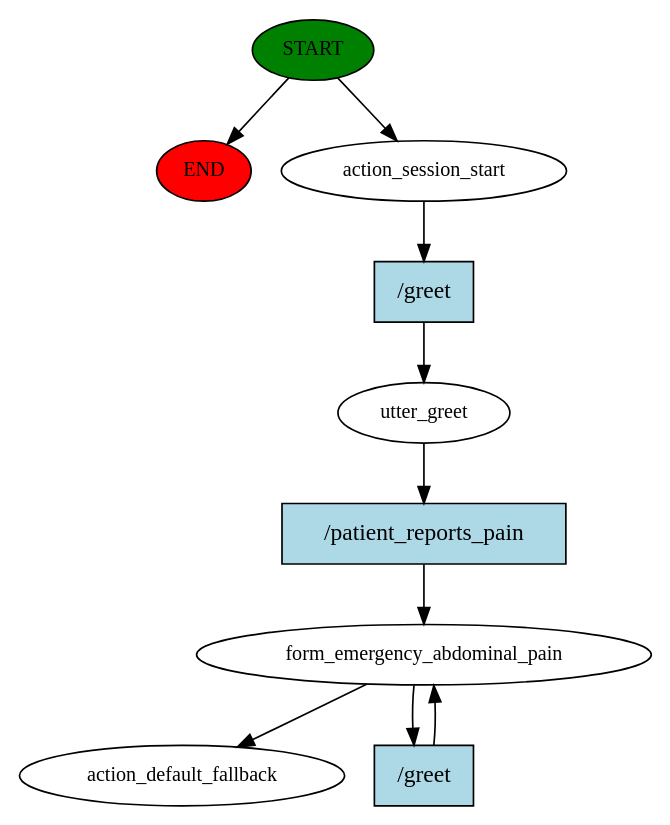
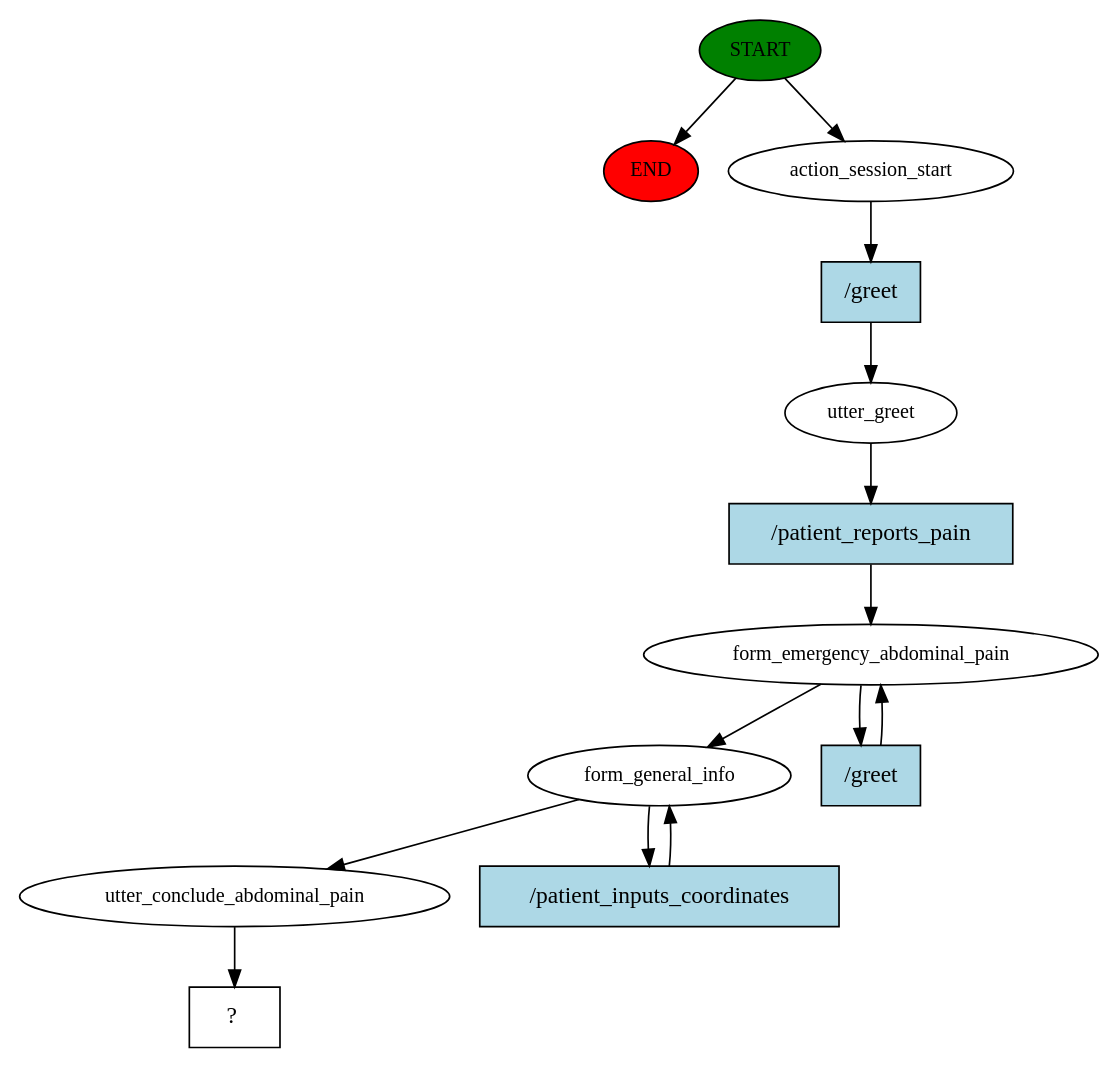
Before and after one commit to halixness/HMD-Dispatcher: the diagram in story_graph.dot, drawn with Graphviz. The commit also changed 7 other files, not shown here.

```diff
--- a/story_graph.dot
+++ b/story_graph.dot
@@ -1,20 +1,27 @@
 digraph  {
 0 [class="start active", fillcolor=green, fontsize=12, label=START, style=filled];
 "-1" [class=end, fillcolor=red, fontsize=12, label=END, style=filled];
 1 [class=active, fontsize=12, label=action_session_start];
 2 [class=active, fontsize=12, label=utter_greet];
 3 [class=active, fontsize=12, label=form_emergency_abdominal_pain];
-10 [class="dashed active", fontsize=12, label=action_default_fallback];
-11 [class="intent active", fillcolor=lightblue, label="/greet", shape=rect, style=filled];
-12 [class="intent active", fillcolor=lightblue, label="/patient_reports_pain", shape=rect, style=filled];
-13 [class="intent active", fillcolor=lightblue, label="/greet", shape=rect, style=filled];
+10 [class=active, fontsize=12, label=form_general_info];
+13 [class=active, fontsize=12, label=utter_conclude_abdominal_pain];
+14 [class="intent dashed active", label="  ?  ", shape=rect];
+15 [class="intent active", fillcolor=lightblue, label="/greet", shape=rect, style=filled];
+16 [class="intent active", fillcolor=lightblue, label="/patient_reports_pain", shape=rect, style=filled];
+17 [class="intent active", fillcolor=lightblue, label="/greet", shape=rect, style=filled];
+18 [class="intent active", fillcolor=lightblue, label="/patient_inputs_coordinates", shape=rect, style=filled];
 0 -> "-1"  [class="", key=NONE, label=""];
 0 -> 1  [class=active, key=NONE, label=""];
-1 -> 11  [class=active, key=0];
-2 -> 12  [class=active, key=0];
+1 -> 15  [class=active, key=0];
+2 -> 16  [class=active, key=0];
 3 -> 10  [class=active, key=NONE, label=""];
-3 -> 13  [class=active, key=0];
-11 -> 2  [class=active, key=0];
-12 -> 3  [class=active, key=0];
-13 -> 3  [class=active, key=0];
+3 -> 17  [class=active, key=0];
+10 -> 13  [class=active, key=NONE, label=""];
+10 -> 18  [class=active, key=0];
+13 -> 14  [class=active, key=NONE, label=""];
+15 -> 2  [class=active, key=0];
+16 -> 3  [class=active, key=0];
+17 -> 3  [class=active, key=0];
+18 -> 10  [class=active, key=0];
 }
```
